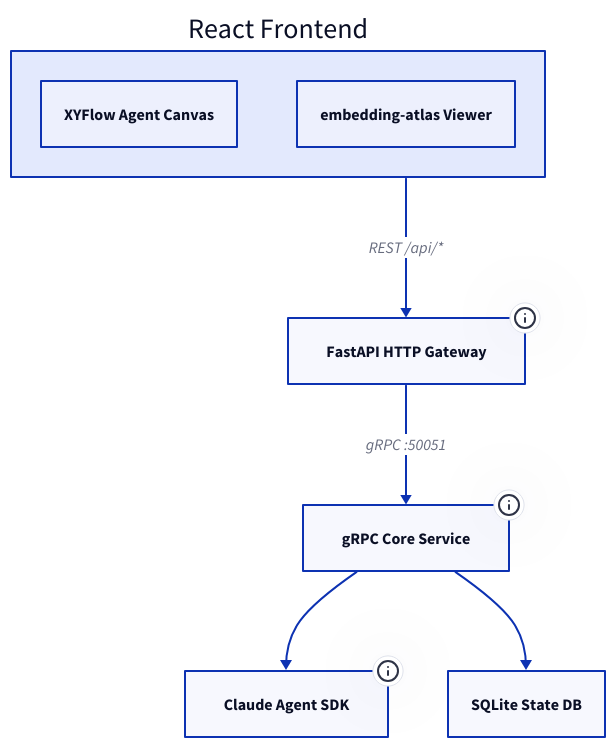
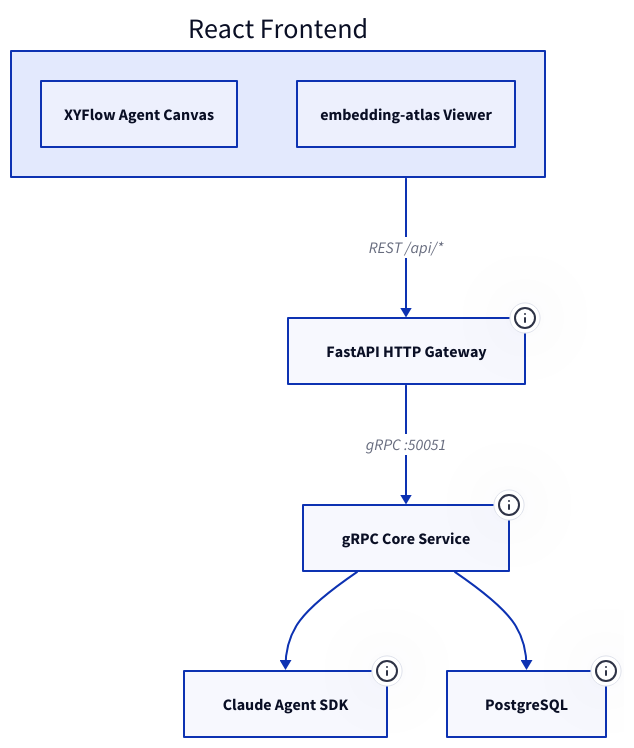
Before and after one commit to zndx/atelier: the diagram in docs/src/architecture/overview.md, drawn with D2. The commit also changed 38 other files, not shown here.

````diff
--- a/docs/src/architecture/overview.md
+++ b/docs/src/architecture/overview.md
@@ -5,27 +5,29 @@
 ```d2
 direction: down
 
 ui: React Frontend {
   canvas: XYFlow Agent Canvas
   atlas: embedding-atlas Viewer
 }
 
 gateway: FastAPI HTTP Gateway {
   tooltip: "Serves React build\nBridges REST → gRPC"
 }
 
 grpc: gRPC Core Service {
   tooltip: "Proto-first API\nAgent orchestration\nData management"
 }
 
 agents: Claude Agent SDK {
   tooltip: "Keystone agents\nAdaptive workflows"
 }
 
-db: SQLite State DB
+db: PostgreSQL {
+  tooltip: "devenv: PG 16 + pgvector\nCAI: PGlite (Node.js)"
+}
 
 ui -> gateway: REST /api/*
 gateway -> grpc: gRPC :50051
 grpc -> agents
 grpc -> db
 ```
````
